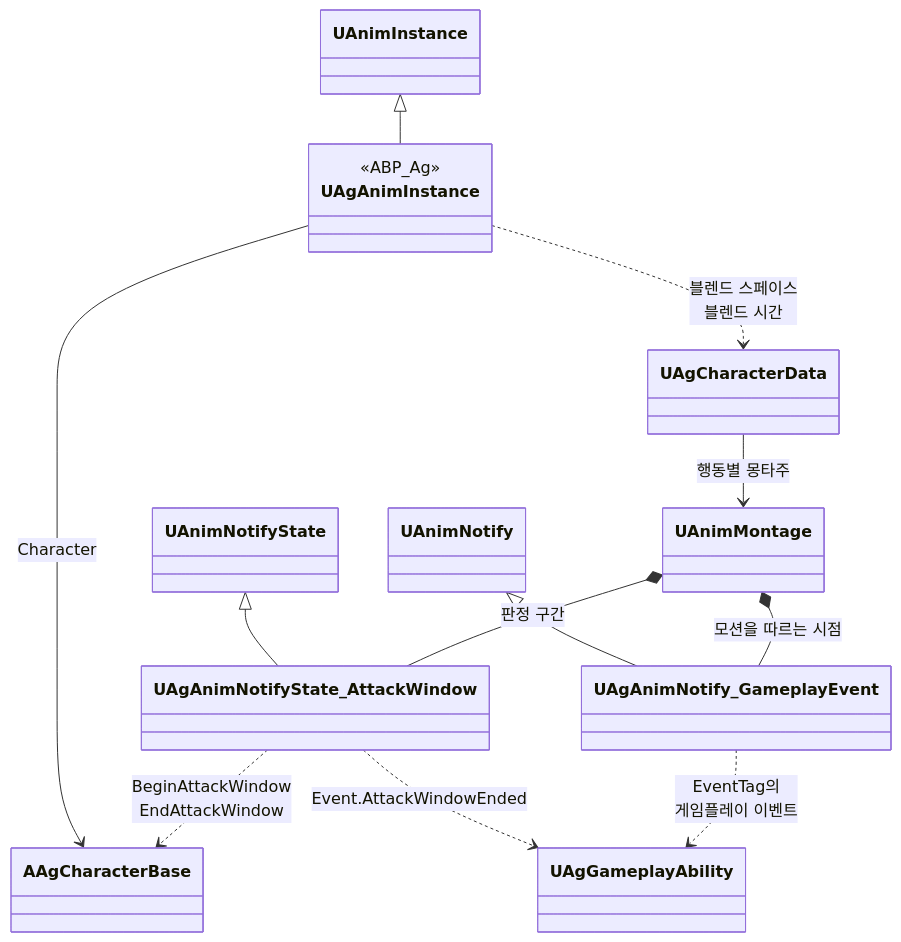
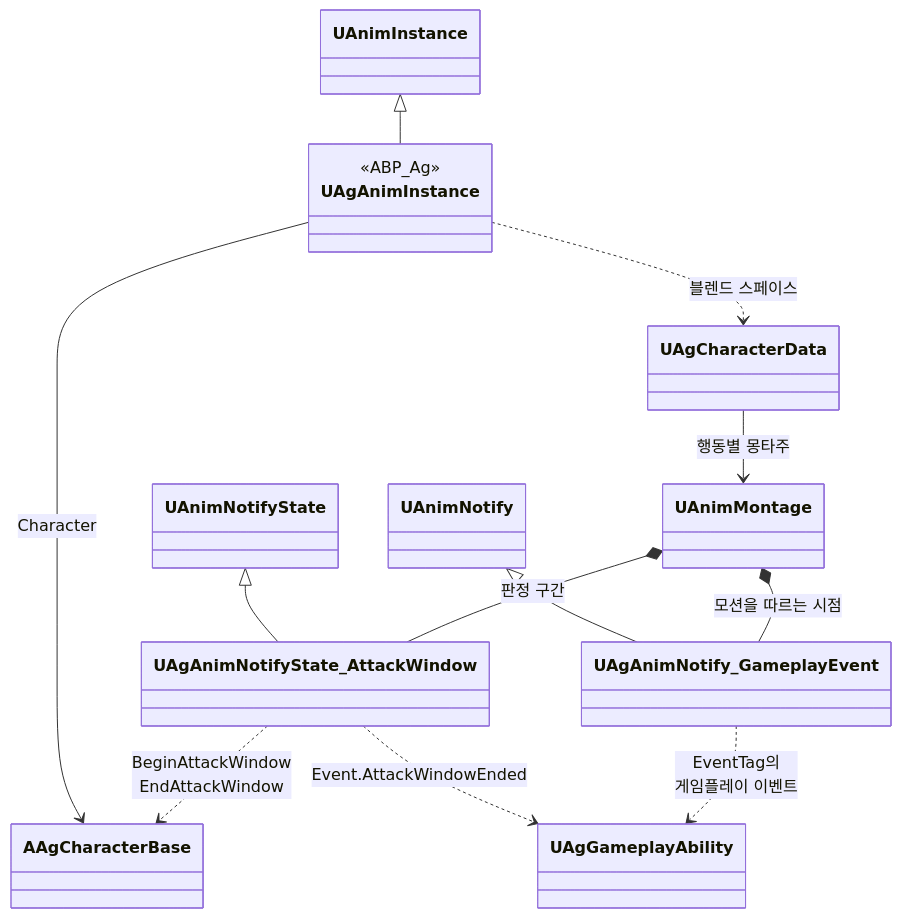
Before and after one commit to Woogl/Ag: the third of 19 diagrams in Docs/Program/클래스 구조도.md, drawn with Mermaid. The commit also changed 17 other files, not shown here.

````diff
--- a/Docs/Program/클래스 구조도.md
+++ b/Docs/Program/클래스 구조도.md
@@ -102,19 +102,19 @@
 ```mermaid
 classDiagram
     direction TB
     class UAgAnimInstance {
         <<ABP_Ag>>
     }
     UAnimInstance <|-- UAgAnimInstance
     UAgAnimInstance --> AAgCharacterBase : Character
-    UAgAnimInstance ..> UAgCharacterData : 블렌드 스페이스<br>블렌드 시간
+    UAgAnimInstance ..> UAgCharacterData : 블렌드 스페이스
 
     UAnimNotifyState <|-- UAgAnimNotifyState_AttackWindow
     UAnimNotify <|-- UAgAnimNotify_GameplayEvent
     UAgCharacterData --> UAnimMontage : 행동별 몽타주
     UAnimMontage *-- UAgAnimNotifyState_AttackWindow : 판정 구간
     UAnimMontage *-- UAgAnimNotify_GameplayEvent : 모션을 따르는 시점
     UAgAnimNotifyState_AttackWindow ..> AAgCharacterBase : BeginAttackWindow<br>EndAttackWindow
     UAgAnimNotifyState_AttackWindow ..> UAgGameplayAbility : Event.AttackWindowEnded
     UAgAnimNotify_GameplayEvent ..> UAgGameplayAbility : EventTag의<br>게임플레이 이벤트
 ```
````
